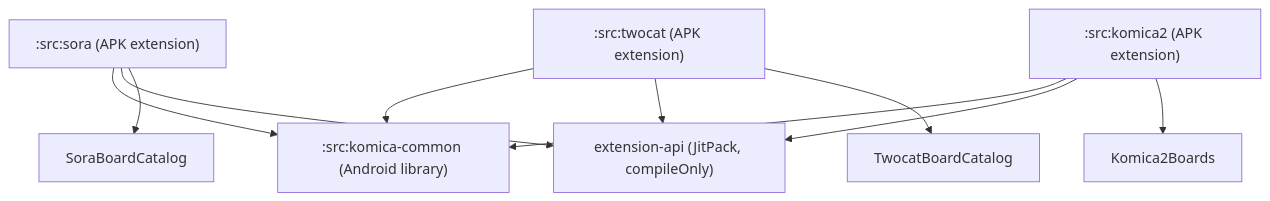
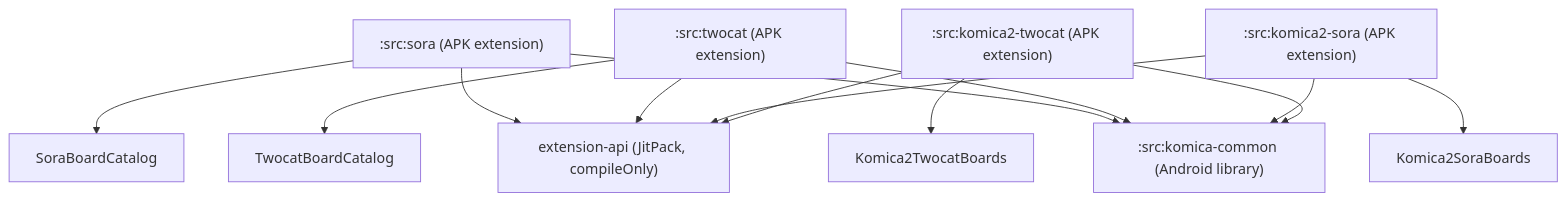
One commit to komicaviewer/extensions-source changed the diagram in src/komica-common/README.md. Above: the diagram before and after it, drawn with Mermaid. The commit also changed other lines of this file and 20 other files, not shown here.

````diff
--- a/src/komica-common/README.md
+++ b/src/komica-common/README.md
@@ -34,21 +35,26 @@
 ```mermaid
 graph TD
     extension-api["extension-api (JitPack, compileOnly)"]
     komica-common[":src:komica-common (Android library)"]
     sora[":src:sora (APK extension)"]
     twocat[":src:twocat (APK extension)"]
-    komica2[":src:komica2 (APK extension)"]
+    komica2Sora[":src:komica2-sora (APK extension)"]
+    komica2Twocat[":src:komica2-twocat (APK extension)"]
     soraBoards["SoraBoardCatalog"]
     twocatBoards["TwocatBoardCatalog"]
-    komica2Boards["Komica2Boards"]
+    komica2SoraBoards["Komica2SoraBoards"]
+    komica2TwocatBoards["Komica2TwocatBoards"]
 
     sora --> komica-common
     twocat --> komica-common
-    komica2 --> komica-common
+    komica2Sora --> komica-common
+    komica2Twocat --> komica-common
     sora --> extension-api
     twocat --> extension-api
-    komica2 --> extension-api
+    komica2Sora --> extension-api
+    komica2Twocat --> extension-api
     sora --> soraBoards
     twocat --> twocatBoards
-    komica2 --> komica2Boards
+    komica2Sora --> komica2SoraBoards
+    komica2Twocat --> komica2TwocatBoards
 ```
````
